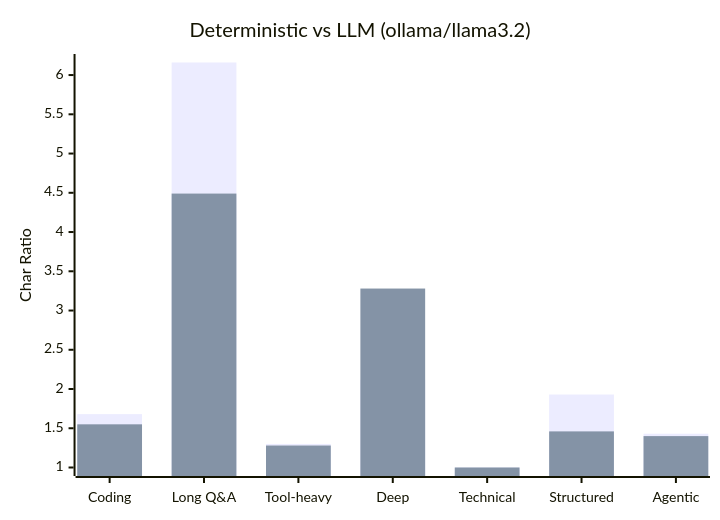
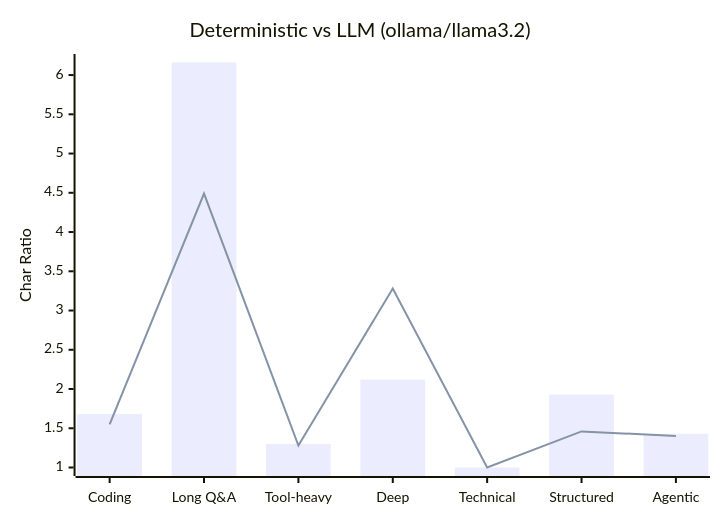
The fourth of 4 diagrams in docs/benchmark-results.md (SimplyLiz/ContextCompressionEngine), drawn with Mermaid before and after one commit. The commit also changed other lines of this file and 3 other files, not shown here.

First line of the commit message:
fix(bench): remove ugly unicode bars, fix stacked LLM comparison chart

````diff
--- a/docs/benchmark-results.md
+++ b/docs/benchmark-results.md
@@ -101,8 +101,8 @@
 ```mermaid
 xychart-beta
     title "Deterministic vs LLM (ollama/llama3.2)"
     x-axis ["Coding", "Long Q&A", "Tool-heavy", "Deep", "Technical", "Structured", "Agentic"]
     y-axis "Char Ratio"
-    bar [1.68, 6.16, 1.30, 2.12, 1.00, 1.93, 1.43]
-    bar [1.55, 4.49, 1.28, 3.28, 1.00, 1.46, 1.40]
+    bar "Deterministic" [1.68, 6.16, 1.30, 2.12, 1.00, 1.93, 1.43]
+    line "Best LLM" [1.55, 4.49, 1.28, 3.28, 1.00, 1.46, 1.40]
 ```
````
